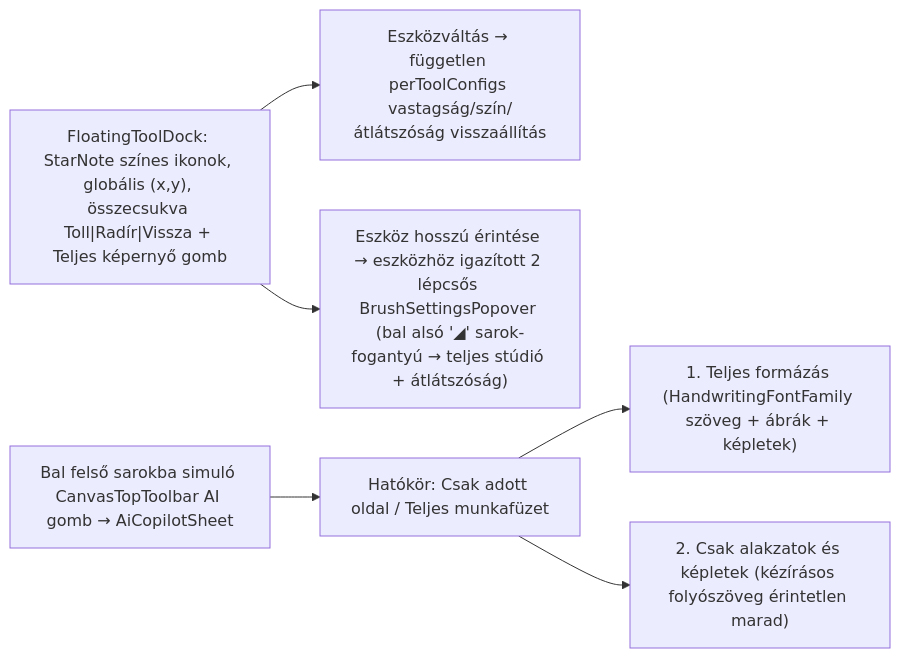
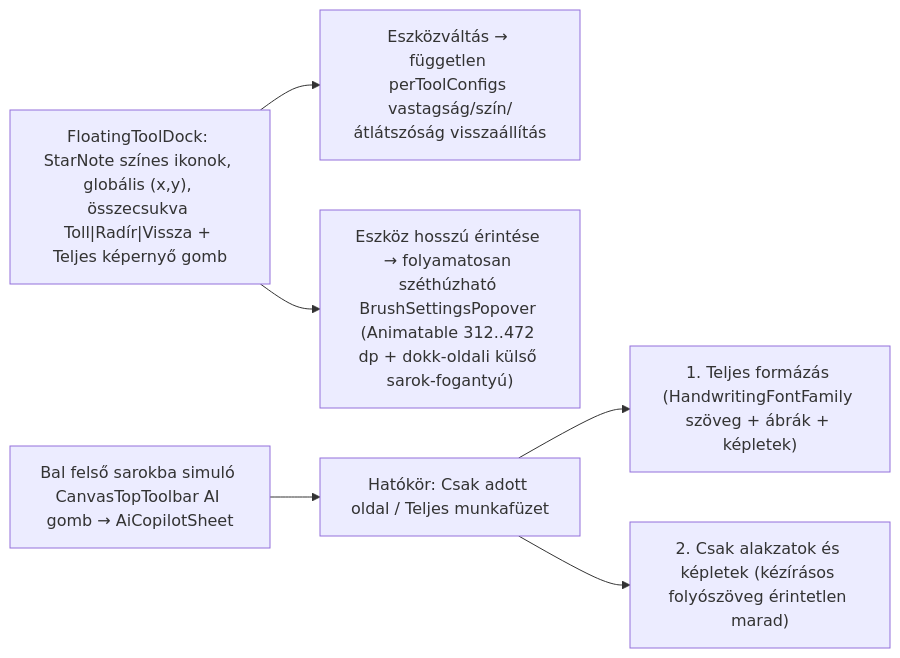
Before and after one commit to Fruktoz0/Stylusnote: the sixth of 7 diagrams in docs/user_journeys.md, drawn with Mermaid. The commit also changed other lines of this file and 27 other files, not shown here.

````diff
--- a/docs/user_journeys.md
+++ b/docs/user_journeys.md
@@ -104,8 +105,8 @@
 ```mermaid
 flowchart LR
     T1["FloatingToolDock: StarNote színes ikonok, globális (x,y), összecsukva Toll|Radír|Vissza + Teljes képernyő gomb"] --> T2["Eszközváltás → független perToolConfigs vastagság/szín/átlátszóság visszaállítás"]
-    T1 --> T3["Eszköz hosszú érintése → eszközhöz igazított 2 lépcsős BrushSettingsPopover (bal alsó '◢' sarok-fogantyú → teljes stúdió + átlátszóság)"]
+    T1 --> T3["Eszköz hosszú érintése → folyamatosan széthúzható BrushSettingsPopover (Animatable 312..472 dp + dokk-oldali külső sarok-fogantyú)"]
     A1["Bal felső sarokba simuló CanvasTopToolbar AI gomb → AiCopilotSheet"] --> A2["Hatókör: Csak adott oldal / Teljes munkafüzet"]
     A2 --> A3["1. Teljes formázás (HandwritingFontFamily szöveg + ábrák + képletek)"]
     A2 --> A4["2. Csak alakzatok és képletek (kézírásos folyószöveg érintetlen marad)"]
 ```
````
